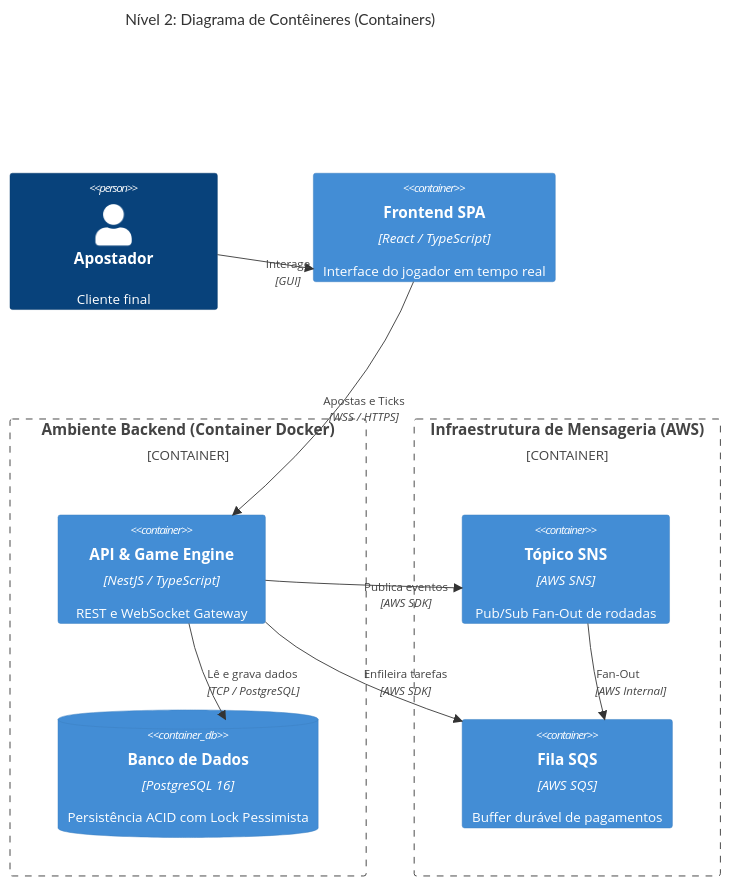
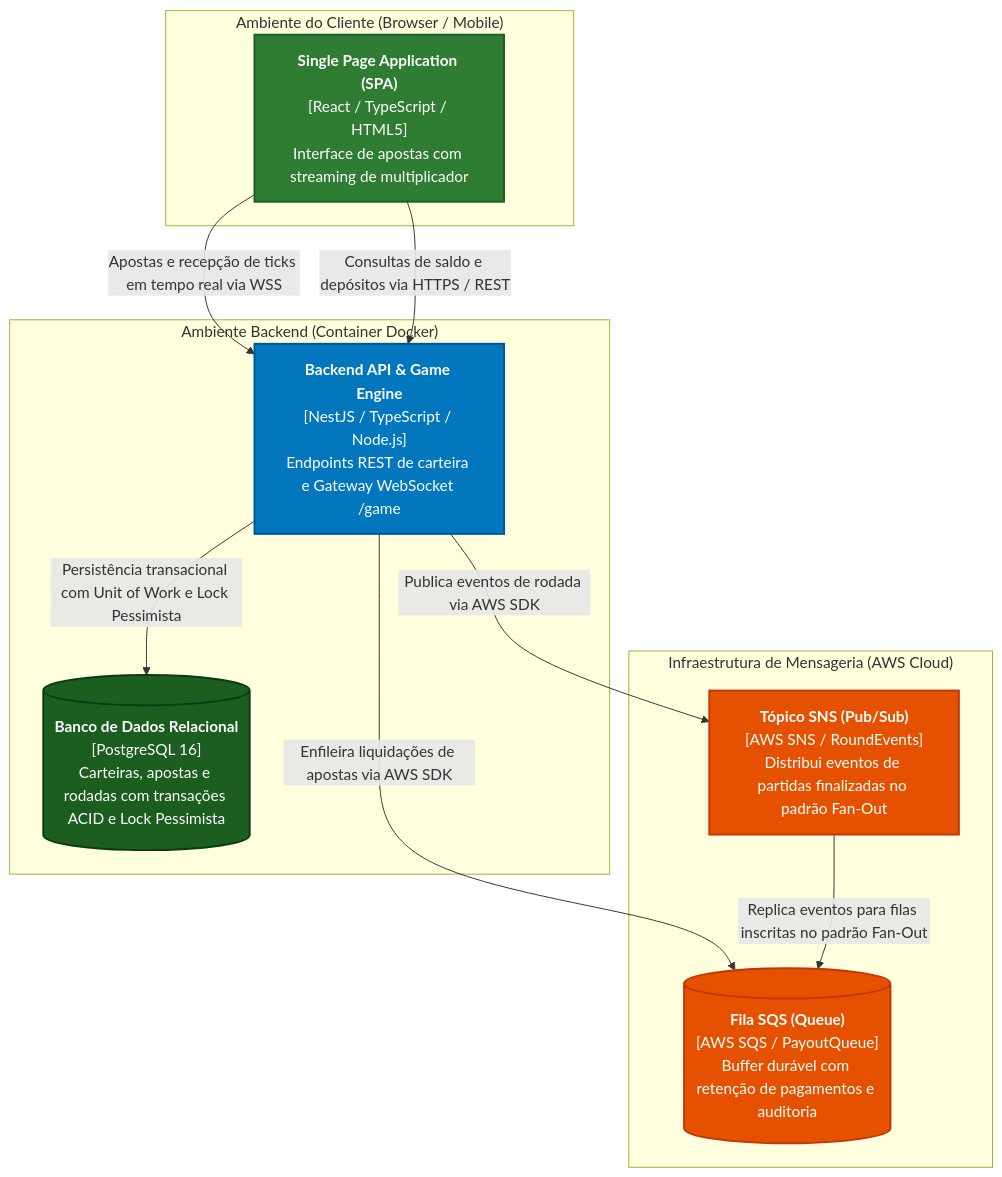
One commit to Ranzer-Dev/aprendendo-stack-jungle-gaming changed the second of 4 diagrams in README.md. Above: the diagram before and after it, drawn with Mermaid. The commit also changed other lines of this file, not shown here.

Commit message:
docs: adopt robust flowchart TB with C4 class styling inspired by RPM_PMV

````diff
--- a/README.md
+++ b/README.md
@@ -49,24 +57,28 @@
 ```mermaid
-C4Container
-    title Nível 2: Diagrama de Contêineres (Containers)
+flowchart TB
+    classDef clientApp fill:#2e7d32,stroke:#1b5e20,stroke-width:2px,color:#fff;
+    classDef backend fill:#0277bd,stroke:#01579b,stroke-width:2px,color:#fff;
+    classDef database fill:#1b5e20,stroke:#0a3b13,stroke-width:2px,color:#fff;
+    classDef messaging fill:#e65100,stroke:#bf360c,stroke-width:2px,color:#fff;
 
-    Person(player, "Apostador", "Cliente final")
-    Container(spa, "Frontend SPA", "React / TypeScript", "Interface do jogador em tempo real")
+    subgraph Cliente["Ambiente do Cliente (Browser / Mobile)"]
+        SPA["<b>Single Page Application (SPA)</b><br/>[React / TypeScript / HTML5]<br/>Interface de apostas com streaming de multiplicador"]:::clientApp
+    end
 
-    Container_Boundary(backendBoundary, "Ambiente Backend (Container Docker)") {
-        Container(apiApp, "API & Game Engine", "NestJS / TypeScript", "REST e WebSocket Gateway")
-        ContainerDb(dbPostgres, "Banco de Dados", "PostgreSQL 16", "Persistência ACID com Lock Pessimista")
-    }
+    subgraph BackendDocker["Ambiente Backend (Container Docker)"]
+        NestEngine["<b>Backend API & Game Engine</b><br/>[NestJS / TypeScript / Node.js]<br/>Endpoints REST de carteira e Gateway WebSocket /game"]:::backend
+        PostgresDB[("<b>Banco de Dados Relacional</b><br/>[PostgreSQL 16]<br/>Carteiras, apostas e rodadas com transações ACID e Lock Pessimista")]:::database
+    end
 
-    Container_Boundary(awsBoundary, "Infraestrutura de Mensageria (AWS)") {
-        Container(snsTopic, "Tópico SNS", "AWS SNS", "Pub/Sub Fan-Out de rodadas")
-        Container(sqsQueue, "Fila SQS", "AWS SQS", "Buffer durável de pagamentos")
-    }
+    subgraph NuvemAWS["Infraestrutura de Mensageria (AWS Cloud)"]
+        SNSTopic["<b>Tópico SNS (Pub/Sub)</b><br/>[AWS SNS / RoundEvents]<br/>Distribui eventos de partidas finalizadas no padrão Fan-Out"]:::messaging
+        SQSQueue[("<b>Fila SQS (Queue)</b><br/>[AWS SQS / PayoutQueue]<br/>Buffer durável com retenção de pagamentos e auditoria")]:::messaging
+    end
 
-    Rel_D(player, spa, "Interage", "GUI")
-    Rel_R(spa, apiApp, "Apostas e Ticks", "WSS / HTTPS")
-    Rel_D(apiApp, dbPostgres, "Lê e grava dados", "TCP / PostgreSQL")
-    Rel_R(apiApp, snsTopic, "Publica eventos", "AWS SDK")
-    Rel_D(apiApp, sqsQueue, "Enfileira tarefas", "AWS SDK")
-    Rel_D(snsTopic, sqsQueue, "Fan-Out", "AWS Internal")
+    SPA -->|Apostas e recepção de ticks em tempo real via WSS| NestEngine
+    SPA -->|Consultas de saldo e depósitos via HTTPS / REST| NestEngine
+    NestEngine -->|Persistência transacional com Unit of Work e Lock Pessimista| PostgresDB
+    NestEngine -->|Publica eventos de rodada via AWS SDK| SNSTopic
+    NestEngine -->|Enfileira liquidações de apostas via AWS SDK| SQSQueue
+    SNSTopic -->|Replica eventos para filas inscritas no padrão Fan-Out| SQSQueue
 ```
````
